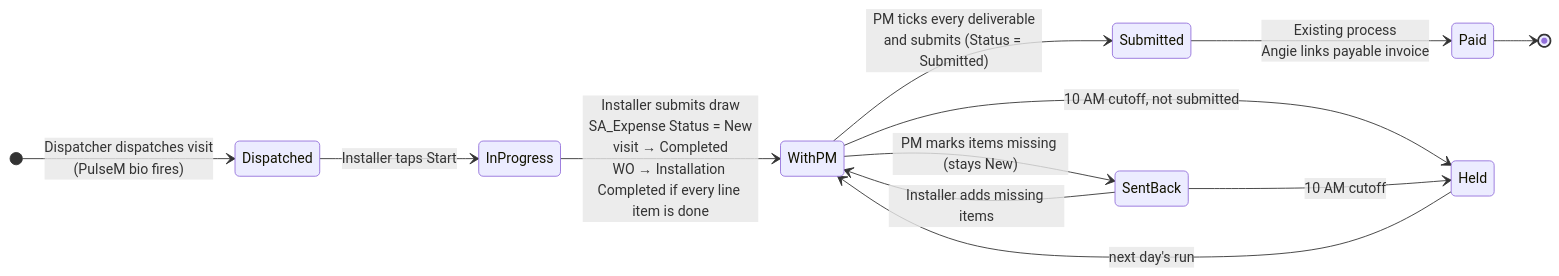
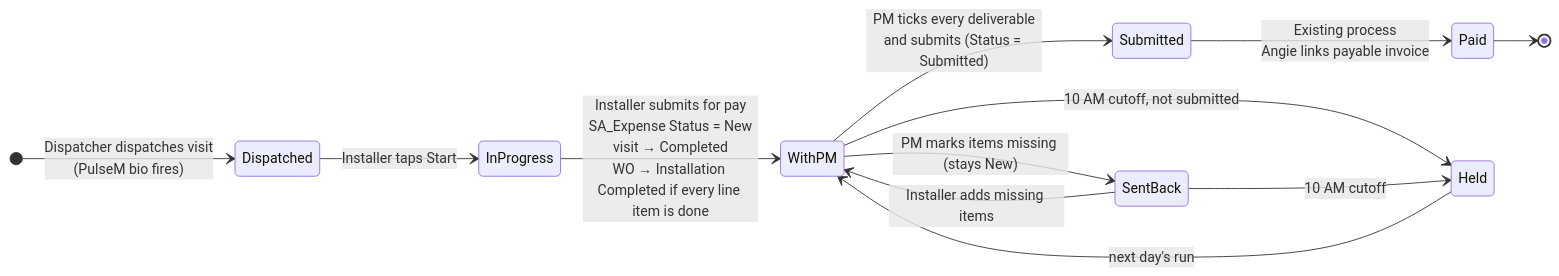
The diagram in vista/docs/approval-flow.md (gullettematt-cpu/scorecard), drawn with Mermaid before and after one commit. The commit also changed other lines of this file and 22 other files, not shown here.

````diff
--- a/vista/docs/approval-flow.md
+++ b/vista/docs/approval-flow.md
@@ -19,15 +30,15 @@
 ```mermaid
 stateDiagram-v2
     direction LR
     [*] --> Dispatched: Dispatcher dispatches visit<br/>(PulseM bio fires)
     Dispatched --> InProgress: Installer taps Start
-    InProgress --> WithPM: Installer submits draw<br/>SA_Expense Status = New<br/>visit → Completed<br/>WO → Installation Completed if every line item is done
+    InProgress --> WithPM: Installer submits for pay<br/>SA_Expense Status = New<br/>visit → Completed<br/>WO → Installation Completed if every line item is done
     WithPM --> Submitted: PM ticks every deliverable<br/>and submits (Status = Submitted)
     WithPM --> SentBack: PM marks items missing (stays New)
     SentBack --> WithPM: Installer adds missing items
     Submitted --> Paid: Existing process<br/>Angie links payable invoice
     WithPM --> Held: 10 AM cutoff, not submitted
     SentBack --> Held: 10 AM cutoff
     Held --> WithPM: next day's run
     Paid --> [*]
 ```
````
